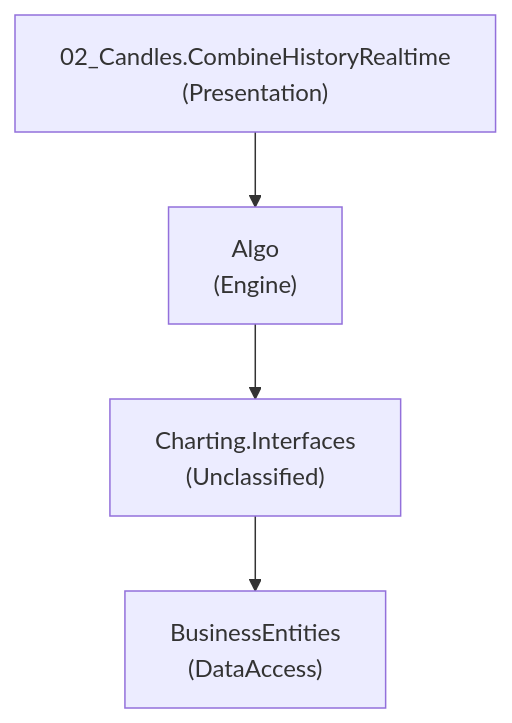
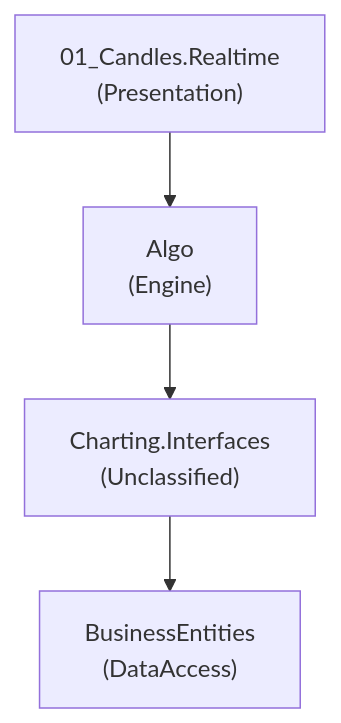
The diagram in output-stocksharp/docs/diagrams/flow-path-2.mmd (GanizaniSitara/tools-static-analysis), drawn with Mermaid before and after one commit. The commit also changed 27 other files, not shown here.

```diff
--- a/output-stocksharp/docs/diagrams/flow-path-2.mmd
+++ b/output-stocksharp/docs/diagrams/flow-path-2.mmd
@@ -1,8 +1,8 @@
 graph TD
-    02_Candles_CombineHistoryRealtime["02_Candles.CombineHistoryRealtime\n(Presentation)"]
+    01_Candles_Realtime["01_Candles.Realtime\n(Presentation)"]
     Algo["Algo\n(Engine)"]
-    02_Candles_CombineHistoryRealtime --> Algo
+    01_Candles_Realtime --> Algo
     Charting_Interfaces["Charting.Interfaces\n(Unclassified)"]
     Algo --> Charting_Interfaces
     BusinessEntities["BusinessEntities\n(DataAccess)"]
     Charting_Interfaces --> BusinessEntities
```
